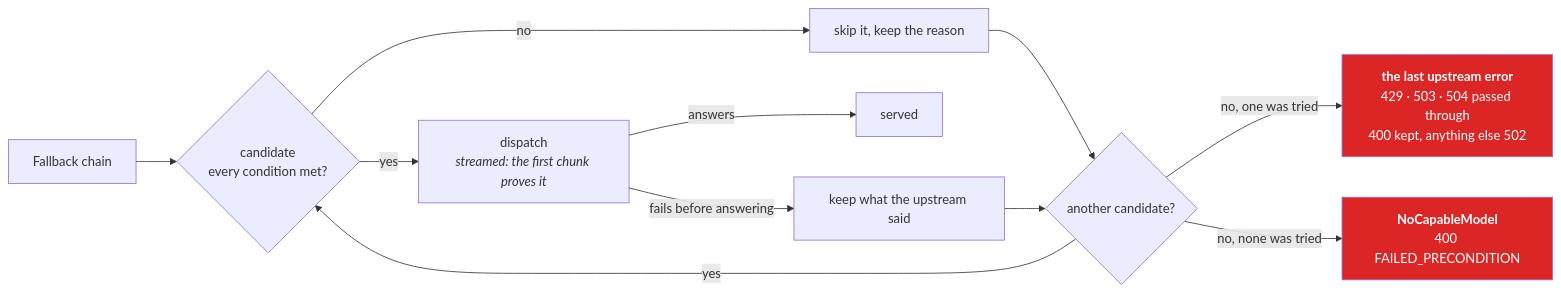
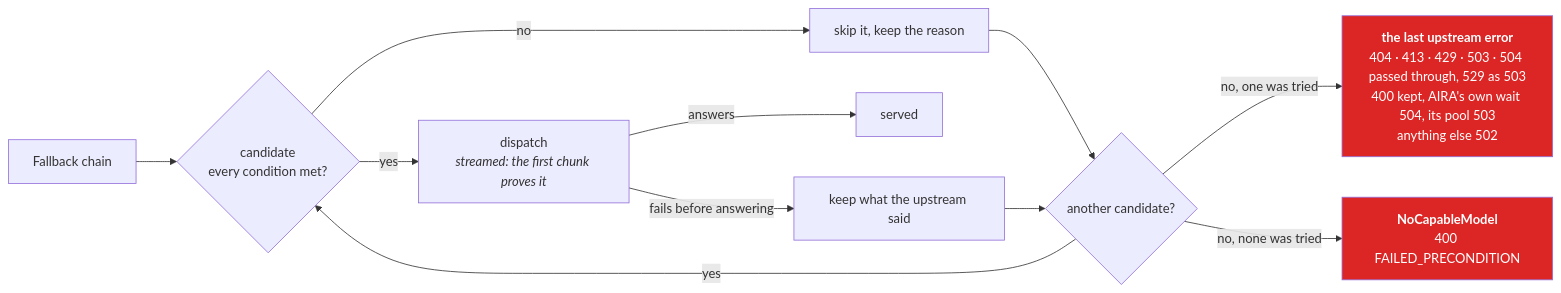
One commit to InigoImago/AIRA-Gateway changed the fourth of 6 diagrams in docs/REQUEST-LIFECYCLE.md. Above: the diagram before and after it, drawn with Mermaid. The commit also changed other lines of this file and 44 other files, not shown here.

````diff
--- a/docs/REQUEST-LIFECYCLE.md
+++ b/docs/REQUEST-LIFECYCLE.md
@@ -445,16 +462,16 @@
 ```mermaid
 graph LR
     chain["Fallback chain"] --> c1{"candidate<br/>every condition met?"}
     c1 -->|"yes"| tried["dispatch<br/><i>streamed: the first chunk proves it</i>"]
     c1 -->|"no"| skipped["skip it, keep the reason"]
     tried -->|"answers"| served["served"]
     tried -->|"fails before answering"| failed["keep what the upstream said"]
     skipped --> more{"another candidate?"}
     failed --> more
     more -->|"yes"| c1
-    more -->|"no, one was tried"| lasterror["<b>the last upstream error</b><br/>429 · 503 · 504 passed through<br/>400 kept, anything else 502"]
+    more -->|"no, one was tried"| lasterror["<b>the last upstream error</b><br/>404 · 413 · 429 · 503 · 504 passed through, 529 as 503<br/>400 kept, AIRA's own wait 504, its pool 503<br/>anything else 502"]
     more -->|"no, none was tried"| nocap["<b>NoCapableModel</b><br/>400 FAILED_PRECONDITION"]
 
     style lasterror fill:#dc2626,color:#fff
     style nocap fill:#dc2626,color:#fff
 ```
````
